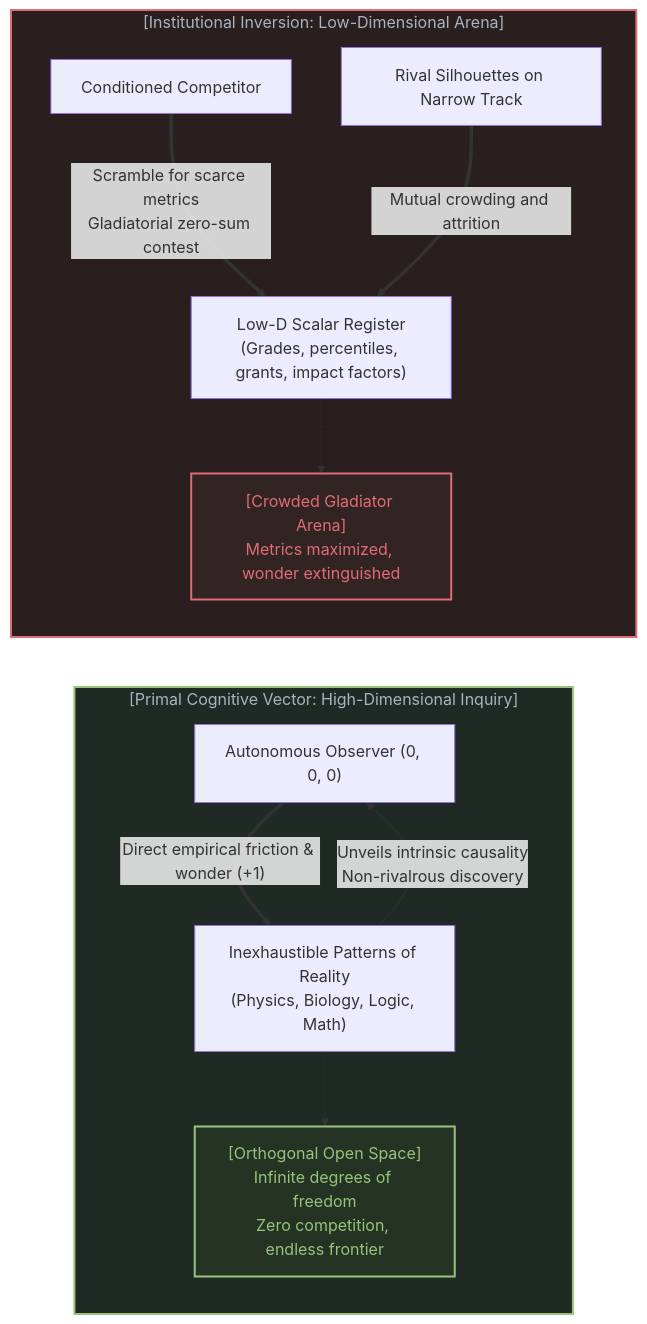
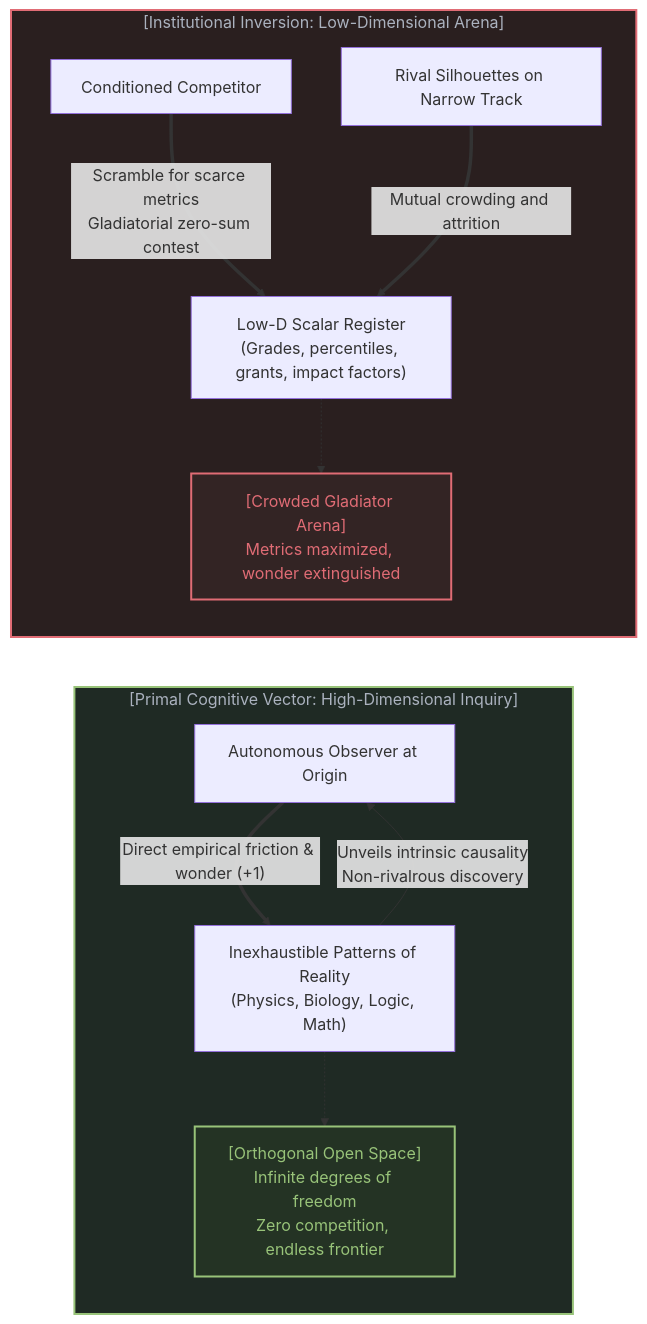
The second of 10 diagrams in content/posts/the-reversal-of-education-and-science.md (powerpig99/not-a-toe), drawn with Mermaid before and after one commit. The commit also changed other lines of this file and 15 other files, not shown here.

Commit message:
Refer to observer origin simply as origin across all essays and prompts

````diff
--- a/content/posts/the-reversal-of-education-and-science.md
+++ b/content/posts/the-reversal-of-education-and-science.md
@@ -57,26 +57,26 @@
 ```mermaid
 graph LR
     subgraph OriginalState["[Primal Cognitive Vector: High-Dimensional Inquiry]"]
-        Mind["Autonomous Observer (0, 0, 0)"]
+        Mind["Autonomous Observer at Origin"]
         Reality["Inexhaustible Patterns of Reality<br>(Physics, Biology, Logic, Math)"]
         Mind ==>|"Direct empirical friction & wonder (+1)"| Reality
         Reality -->|"Unveils intrinsic causality<br>Non-rivalrous discovery"| Mind
         Space["[Orthogonal Open Space]<br>Infinite degrees of freedom<br>Zero competition, endless frontier"]
         Reality -.-> Space
     end
 
     subgraph InvertedState["[Institutional Inversion: Low-Dimensional Arena]"]
         Student["Conditioned Competitor"]
         Register["Low-D Scalar Register<br>(Grades, percentiles, grants, impact factors)"]
         OtherPeers["Rival Silhouettes on Narrow Track"]
         Student ==>|"Scramble for scarce metrics<br>Gladiatorial zero-sum contest"| Register
         OtherPeers ==>|"Mutual crowding and attrition"| Register
         WarZone["[Crowded Gladiator Arena]<br>Metrics maximized, wonder extinguished"]
         Register -.-> WarZone
     end
 
     style OriginalState fill:#1f2a24,stroke:#98c379,stroke-width:2px,color:#abb2bf
     style InvertedState fill:#2a1f1f,stroke:#e06c75,stroke-width:2px,color:#abb2bf
     style Space fill:#243324,stroke:#98c379,stroke-width:2px,color:#98c379
     style WarZone fill:#332424,stroke:#e06c75,stroke-width:2px,color:#e06c75
 ```
````
